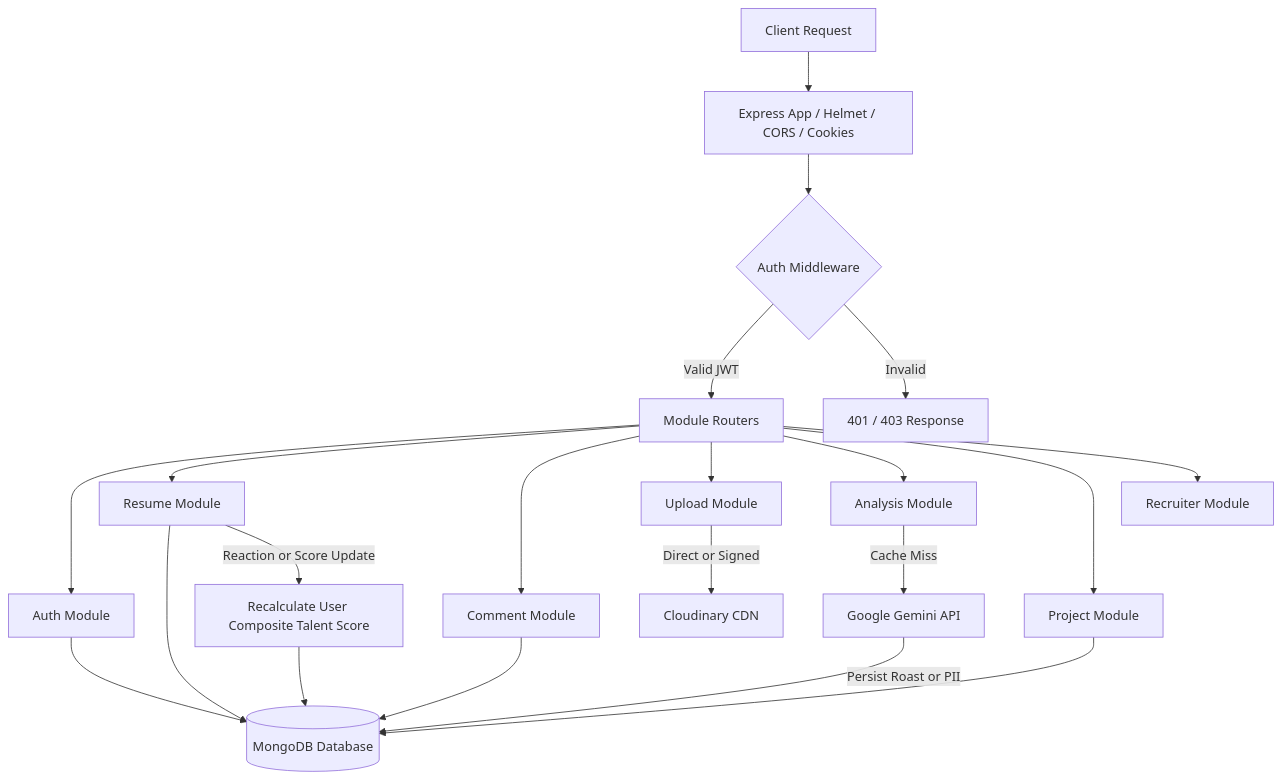
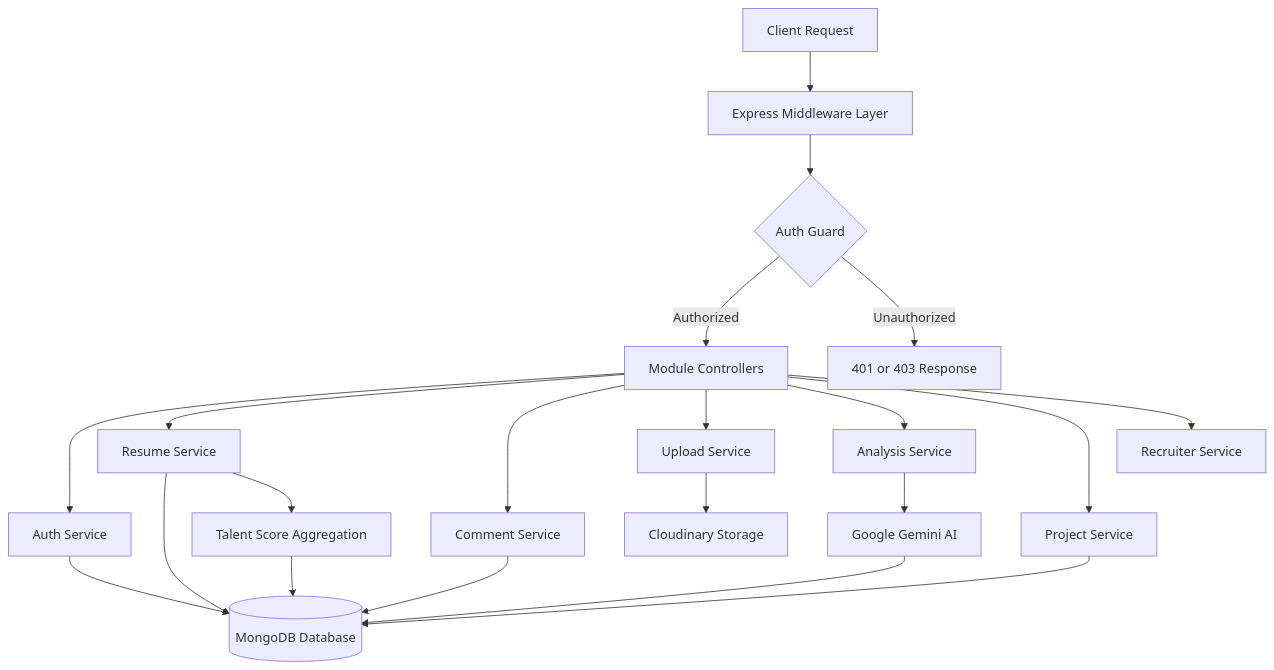
One commit to Arindam-Roy2004/RoastForge changed the second of 3 diagrams in README.md. Above: the diagram before and after it, drawn with Mermaid. The commit also changed other lines of this file, not shown here.

Commit message:
fix(docs): simplify Mermaid syntax for GitHub rendering compatibility

````diff
--- a/README.md
+++ b/README.md
@@ -103,28 +103,28 @@
 ```mermaid
 flowchart TD
-    Client["Client Request"] --> Express["Express App / Helmet / CORS / Cookies"]
-    Express --> AuthCheck{"Auth Middleware"}
-    AuthCheck -->|Valid JWT| Router["Module Routers"]
-    AuthCheck -->|Invalid| Err401["401 / 403 Response"]
+    Client["Client Request"] --> Express["Express Middleware Layer"]
+    Express --> AuthCheck{"Auth Guard"}
+    AuthCheck -->|Authorized| Router["Module Controllers"]
+    AuthCheck -->|Unauthorized| AuthErr["401 or 403 Response"]
 
-    Router --> AuthMod["Auth Module"]
-    Router --> ResumeMod["Resume Module"]
-    Router --> CommentMod["Comment Module"]
-    Router --> UploadMod["Upload Module"]
-    Router --> AnalysisMod["Analysis Module"]
-    Router --> ProjectMod["Project Module"]
-    Router --> RecruiterMod["Recruiter Module"]
+    Router --> AuthMod["Auth Service"]
+    Router --> ResumeMod["Resume Service"]
+    Router --> CommentMod["Comment Service"]
+    Router --> UploadMod["Upload Service"]
+    Router --> AnalysisMod["Analysis Service"]
+    Router --> ProjectMod["Project Service"]
+    Router --> RecruiterMod["Recruiter Service"]
 
-    AuthMod --> MongoDB[("MongoDB Database")]
-    ResumeMod --> MongoDB
-    CommentMod --> MongoDB
-    ProjectMod --> MongoDB
+    AuthMod --> Database[("MongoDB Database")]
+    ResumeMod --> Database
+    CommentMod --> Database
+    ProjectMod --> Database
 
-    UploadMod -->|Direct or Signed| Cloudinary["Cloudinary CDN"]
+    UploadMod --> Storage["Cloudinary Storage"]
     
-    ResumeMod -->|Reaction or Score Update| TalentCalc["Recalculate User Composite Talent Score"]
-    TalentCalc --> MongoDB
+    ResumeMod --> TalentCalc["Talent Score Aggregation"]
+    TalentCalc --> Database
 
-    AnalysisMod -->|Cache Miss| Gemini["Google Gemini API"]
-    Gemini -->|Persist Roast or PII| MongoDB
+    AnalysisMod --> Gemini["Google Gemini AI"]
+    Gemini --> Database
 ```
````
